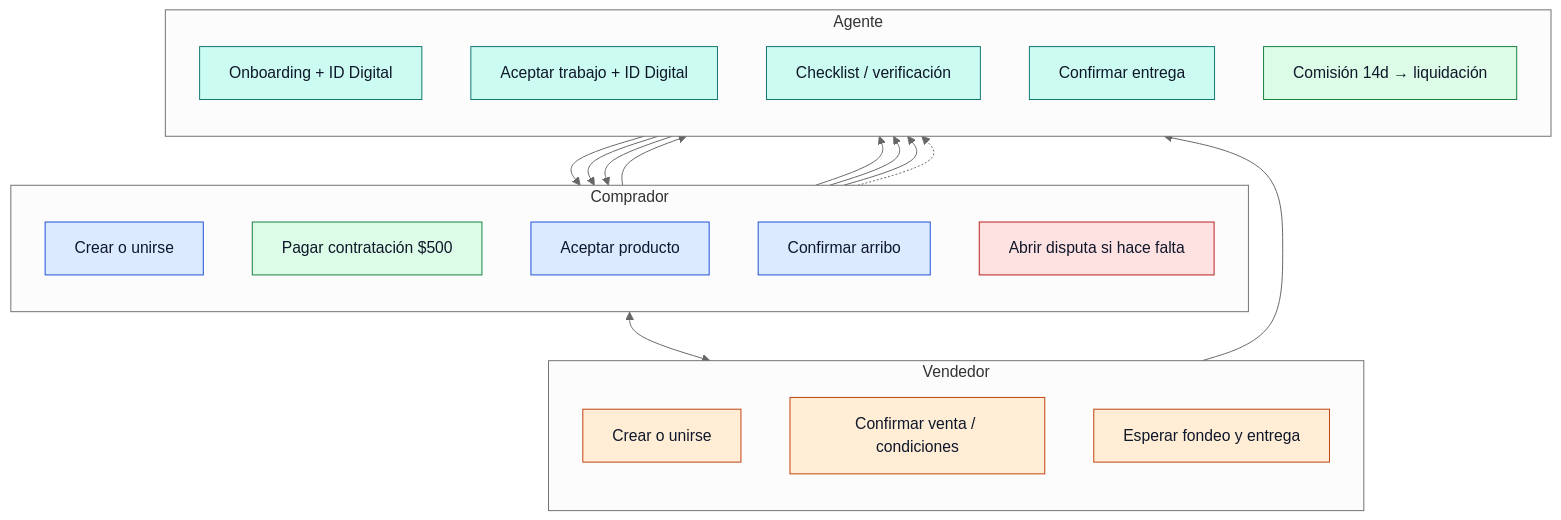
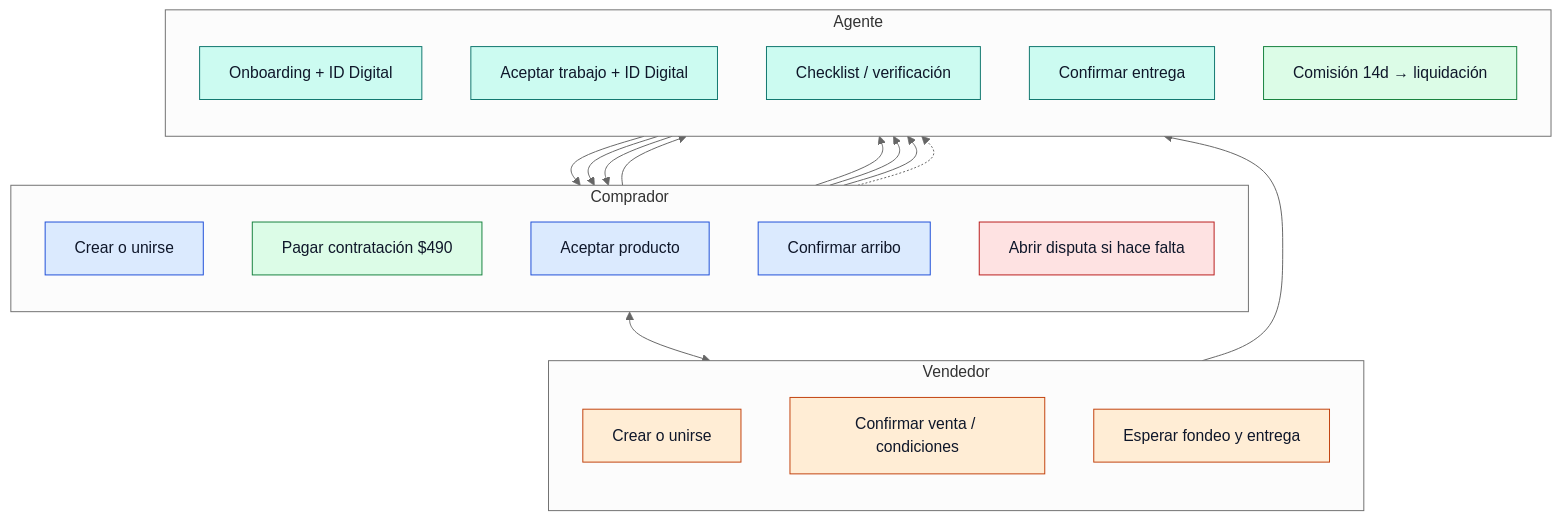
One commit to clissic/confiapp changed the eighth of 8 diagrams in docs/OPERATION_FLOWS.md. Above: the diagram before and after it, drawn with Mermaid (neutral theme). The commit also changed other lines of this file and 49 other files, not shown here.

````diff
--- a/docs/OPERATION_FLOWS.md
+++ b/docs/OPERATION_FLOWS.md
@@ -381,44 +381,44 @@
 ```mermaid
 flowchart TB
   subgraph Comprador
     direction TB
     c1[Crear o unirse]:::buyer
-    c2[Pagar contratación $500]:::pay
+    c2[Pagar contratación $490]:::pay
     c3[Aceptar producto]:::buyer
     c4[Confirmar arribo]:::buyer
     c5[Abrir disputa si hace falta]:::dispute
   end
 
   subgraph Vendedor
     direction TB
     s1[Crear o unirse]:::seller
     s2[Confirmar venta / condiciones]:::seller
     s3[Esperar fondeo y entrega]:::seller
   end
 
   subgraph Agente
     direction TB
     a1[Onboarding + ID Digital]:::agent
     a2[Aceptar trabajo + ID Digital]:::agent
     a3[Checklist / verificación]:::agent
     a4[Confirmar entrega]:::agent
     a5[Comisión 14d → liquidación]:::pay
   end
 
   c1 <--> s1
   c1 --> a2
   s1 --> a2
   a2 --> c2
   c2 --> a3
   a3 --> c3
   c3 --> a4
   a4 --> c4
   c4 --> a5
   c5 -.-> a5
 
   classDef buyer fill:#dbeafe,stroke:#1d4ed8,color:#0f172a
   classDef seller fill:#ffedd5,stroke:#c2410c,color:#0f172a
   classDef agent fill:#ccfbf1,stroke:#0f766e,color:#0f172a
   classDef pay fill:#dcfce7,stroke:#15803d,color:#0f172a
   classDef dispute fill:#fee2e2,stroke:#b91c1c,color:#0f172a
 ```
````
